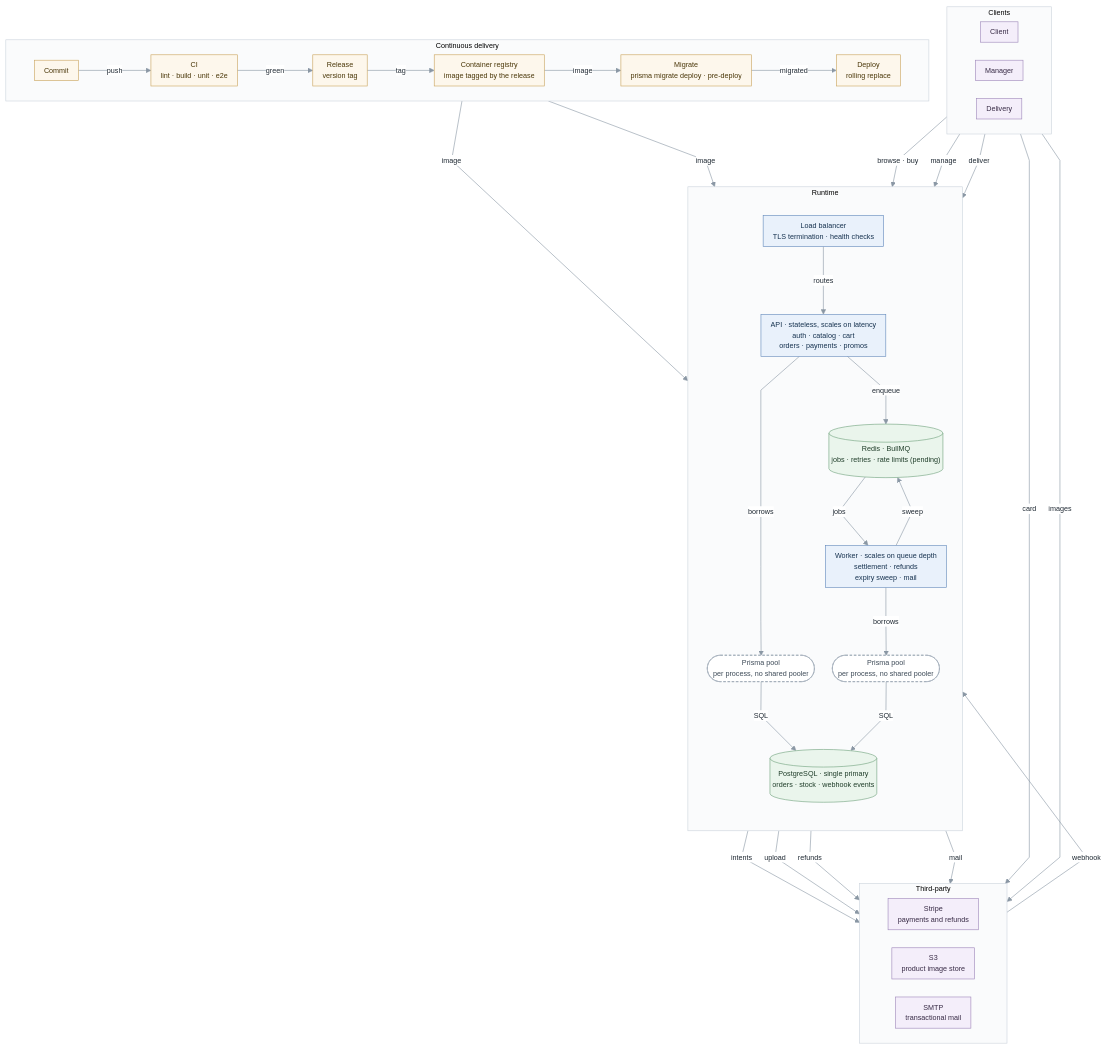
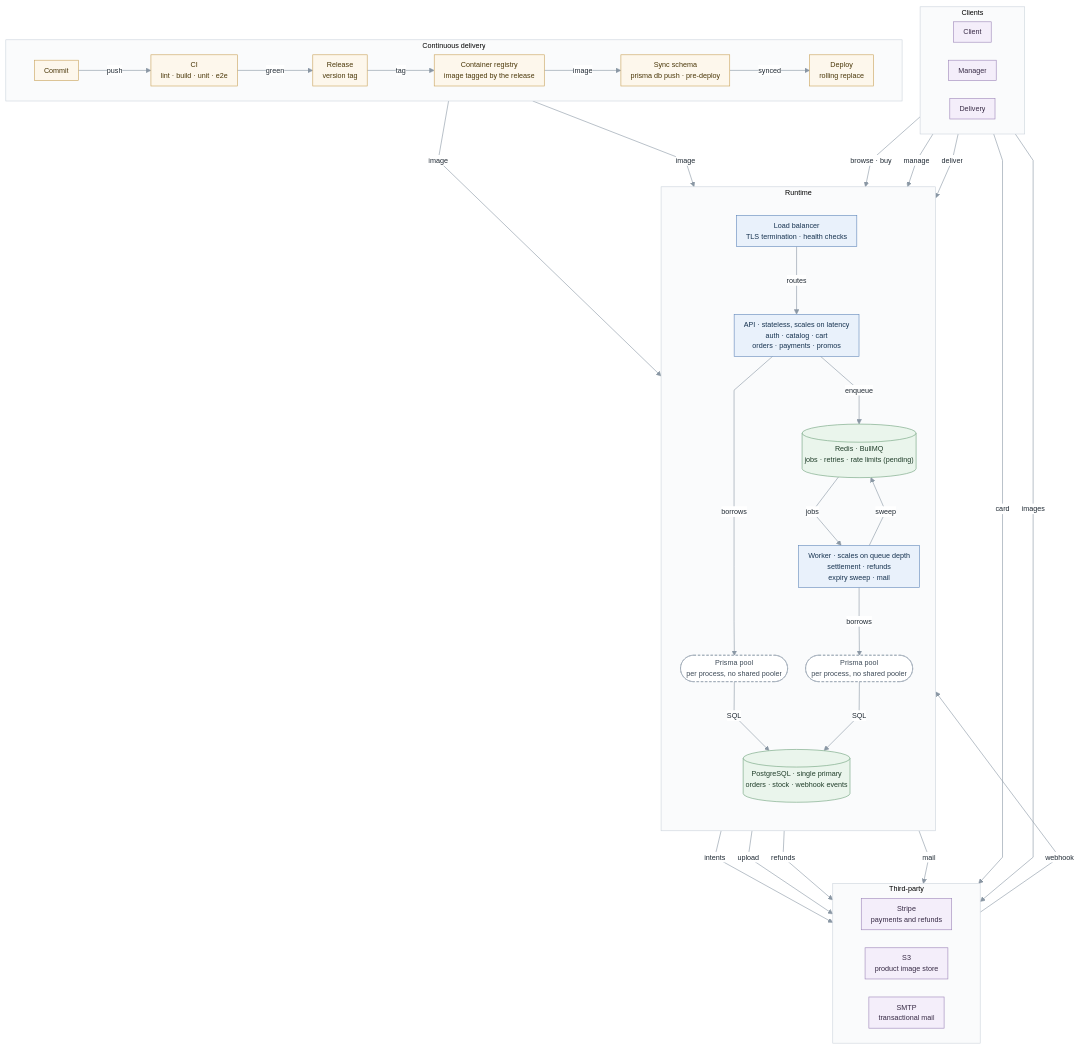
The diagram in docs/ARQUITECTURA.md (fabianespinoza-ravn/tshirt-store-api), drawn with Mermaid before and after one commit. The commit also changed other lines of this file and 20 other files, not shown here.

````diff
--- a/docs/ARQUITECTURA.md
+++ b/docs/ARQUITECTURA.md
@@ -3,70 +3,70 @@
 ```mermaid
 %%{init: {"theme":"base","themeVariables":{"fontFamily":"Segoe UI, Helvetica, Arial, sans-serif","fontSize":"12px","lineColor":"#8a97a4","primaryColor":"#eef2f6","primaryTextColor":"#1f2933","primaryBorderColor":"#9aa7b4","clusterBkg":"#fafbfc","clusterBorder":"#ccd4dc","edgeLabelBackground":"#ffffff"},"flowchart":{"curve":"linear","nodeSpacing":30,"rankSpacing":70,"padding":8}}}%%
 flowchart TB
   subgraph USR["Clients"]
     direction LR
     CL["Client"]
     MG["Manager"]
     DL["Delivery"]
   end
 
   subgraph RT["Runtime"]
     direction TB
     LB["Load balancer<br/>TLS termination · health checks"]
     API["API · stateless, scales on latency<br/>auth · catalog · cart<br/>orders · payments · promos"]
     AP(["Prisma pool<br/>per process, no shared pooler"])
     RD[("Redis · BullMQ<br/>jobs · retries · rate limits (pending)")]
     WK["Worker · scales on queue depth<br/>settlement · refunds<br/>expiry sweep · mail"]
     WP(["Prisma pool<br/>per process, no shared pooler"])
     PG[("PostgreSQL · single primary<br/>orders · stock · webhook events")]
 
     LB -->|"routes"| API
     API -->|"borrows"| AP
     API -->|"enqueue"| RD
     RD -->|"jobs"| WK
     WK -->|"sweep"| RD
     WK -->|"borrows"| WP
     AP -->|"SQL"| PG
     WP -->|"SQL"| PG
   end
 
   subgraph EXT["Third-party"]
     direction LR
     ST["Stripe<br/>payments and refunds"]
     S3["S3<br/>product image store"]
     MAIL["SMTP<br/>transactional mail"]
   end
 
   subgraph CD["Continuous delivery"]
     direction LR
     C["Commit"] -->|"push"| CI["CI<br/>lint · build · unit · e2e"]
     CI -->|"green"| REL["Release<br/>version tag"]
     REL -->|"tag"| REG["Container registry<br/>image tagged by the release"]
-    REG -->|"image"| MIG["Migrate<br/>prisma migrate deploy · pre-deploy"]
-    MIG -->|"migrated"| DEP["Deploy<br/>rolling replace"]
+    REG -->|"image"| MIG["Sync schema<br/>prisma db push · pre-deploy"]
+    MIG -->|"synced"| DEP["Deploy<br/>rolling replace"]
   end
 
   CL -->|"browse · buy"| LB
   MG -->|"manage"| LB
   DL -->|"deliver"| LB
   CL -->|"card"| ST
   CL -->|"images"| S3
   ST -->|"webhook"| LB
   API -->|"intents"| ST
   API -->|"upload"| S3
   WK -->|"refunds"| ST
   WK -->|"mail"| MAIL
   DEP -->|"image"| API
   DEP -->|"image"| WK
 
   classDef pipe fill:#fdf7ec,stroke:#c9a35c,color:#4a3708
   classDef proc fill:#e9f1fb,stroke:#6389bb,color:#16324f
   classDef pool fill:#ffffff,stroke:#9aa7b4,stroke-dasharray:4 3,color:#3d4a57
   classDef store fill:#eaf5ec,stroke:#6fa17d,color:#1f3d29
   classDef ext fill:#f4eefa,stroke:#9d86b9,color:#372a45
   class C,CI,REL,REG,MIG,DEP pipe
   class LB,API,WK proc
   class AP,WP pool
   class PG,RD store
   class CL,MG,DL,ST,S3,MAIL ext
 ```
````
